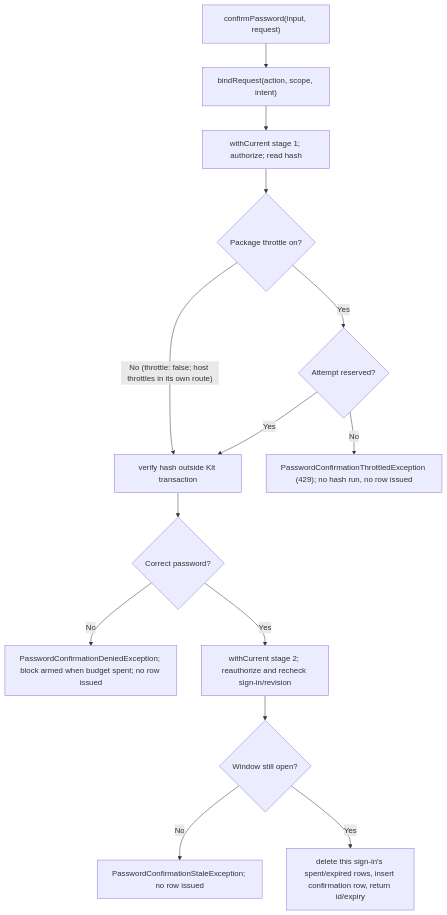
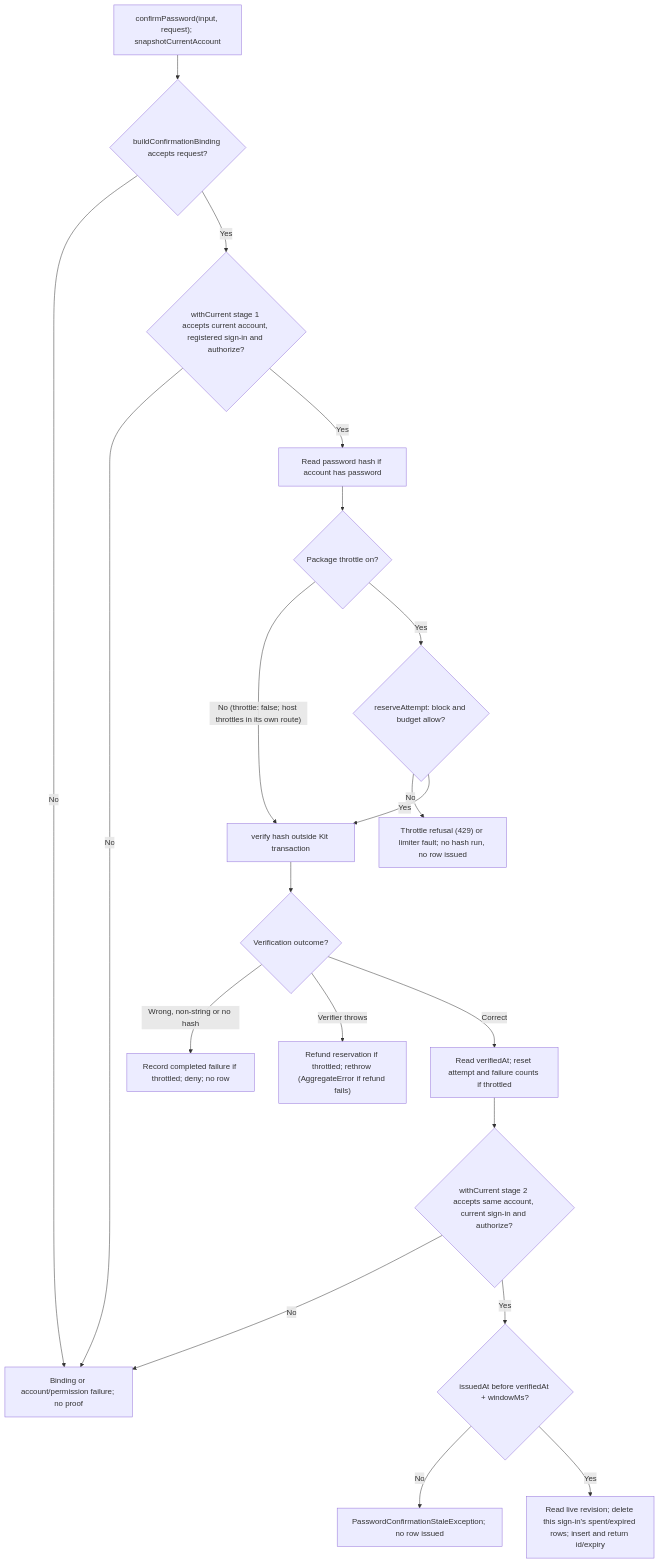
The second of 2 diagrams in user-stories/US-CONFIRM-01-issue-confirmation.md (Kevinjohn/oss-adonisjs-confirm-action-with-password), drawn with Mermaid before and after one commit. The commit also changed other lines of this file and 11 other files, not shown here.

````diff
--- a/user-stories/US-CONFIRM-01-issue-confirmation.md
+++ b/user-stories/US-CONFIRM-01-issue-confirmation.md
@@ -36,16 +39,22 @@
 ```mermaid
 flowchart TD
-    A["confirmPassword(input, request)"] --> B["bindRequest(action, scope, intent)"]
-    B --> C["withCurrent stage 1; authorize; read hash"]
-    C --> T{"Package throttle on?"}
+    A["confirmPassword(input, request); snapshotCurrentAccount"] --> B{"buildConfirmationBinding accepts request?"}
+    B -->|No| X["Binding or account/permission failure; no proof"]
+    B -->|Yes| C{"withCurrent stage 1 accepts current account, registered sign-in and authorize?"}
+    C -->|No| X
+    C -->|Yes| S["Read password hash if account has password"]
+    S --> T{"Package throttle on?"}
     T -->|"No (throttle: false; host throttles in its own route)"| E["verify hash outside Kit transaction"]
-    T -->|Yes| D{"Attempt reserved?"}
-    D -->|No| D2["PasswordConfirmationThrottledException (429); no hash run, no row issued"]
+    T -->|Yes| D{"reserveAttempt: block and budget allow?"}
+    D -->|No| D2["Throttle refusal (429) or limiter fault; no hash run, no row issued"]
     D -->|Yes| E
-    E --> F{"Correct password?"}
-    F -->|No| G["PasswordConfirmationDeniedException; block armed when budget spent; no row issued"]
-    F -->|Yes| H["withCurrent stage 2; reauthorize and recheck sign-in/revision"]
-    H --> I{"Window still open?"}
+    E --> F{"Verification outcome?"}
+    F -->|Wrong, non-string or no hash| G["Record completed failure if throttled; deny; no row"]
+    F -->|Verifier throws| V["Refund reservation if throttled; rethrow (AggregateError if refund fails)"]
+    F -->|Correct| W["Read verifiedAt; reset attempt and failure counts if throttled"]
+    W --> H{"withCurrent stage 2 accepts same account, current sign-in and authorize?"}
+    H -->|No| X
+    H -->|Yes| I{"issuedAt before verifiedAt + windowMs?"}
     I -->|No| J["PasswordConfirmationStaleException; no row issued"]
-    I -->|Yes| K["delete this sign-in's spent/expired rows, insert confirmation row, return id/expiry"]
+    I -->|Yes| K["Read live revision; delete this sign-in's spent/expired rows; insert and return id/expiry"]
 ```
````
